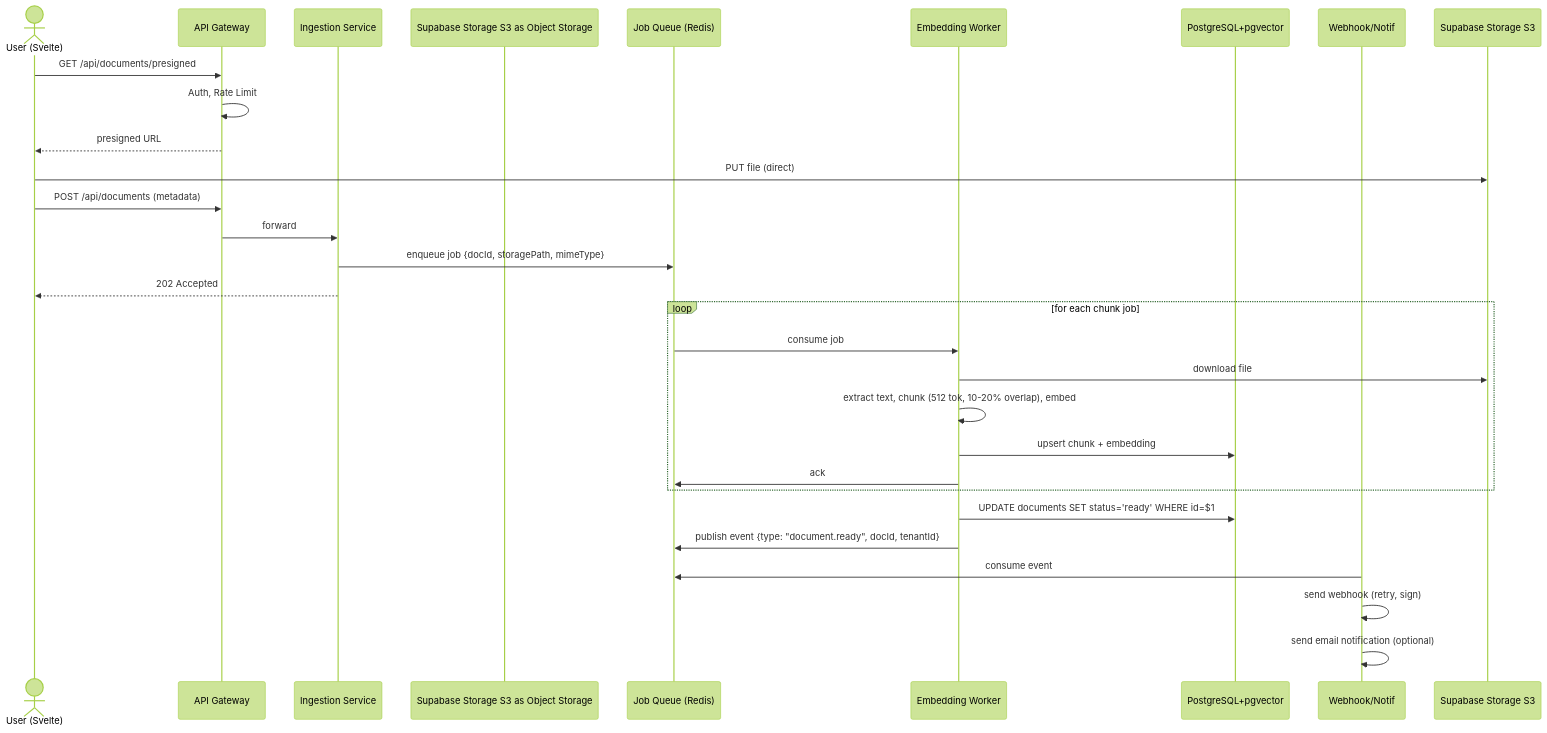
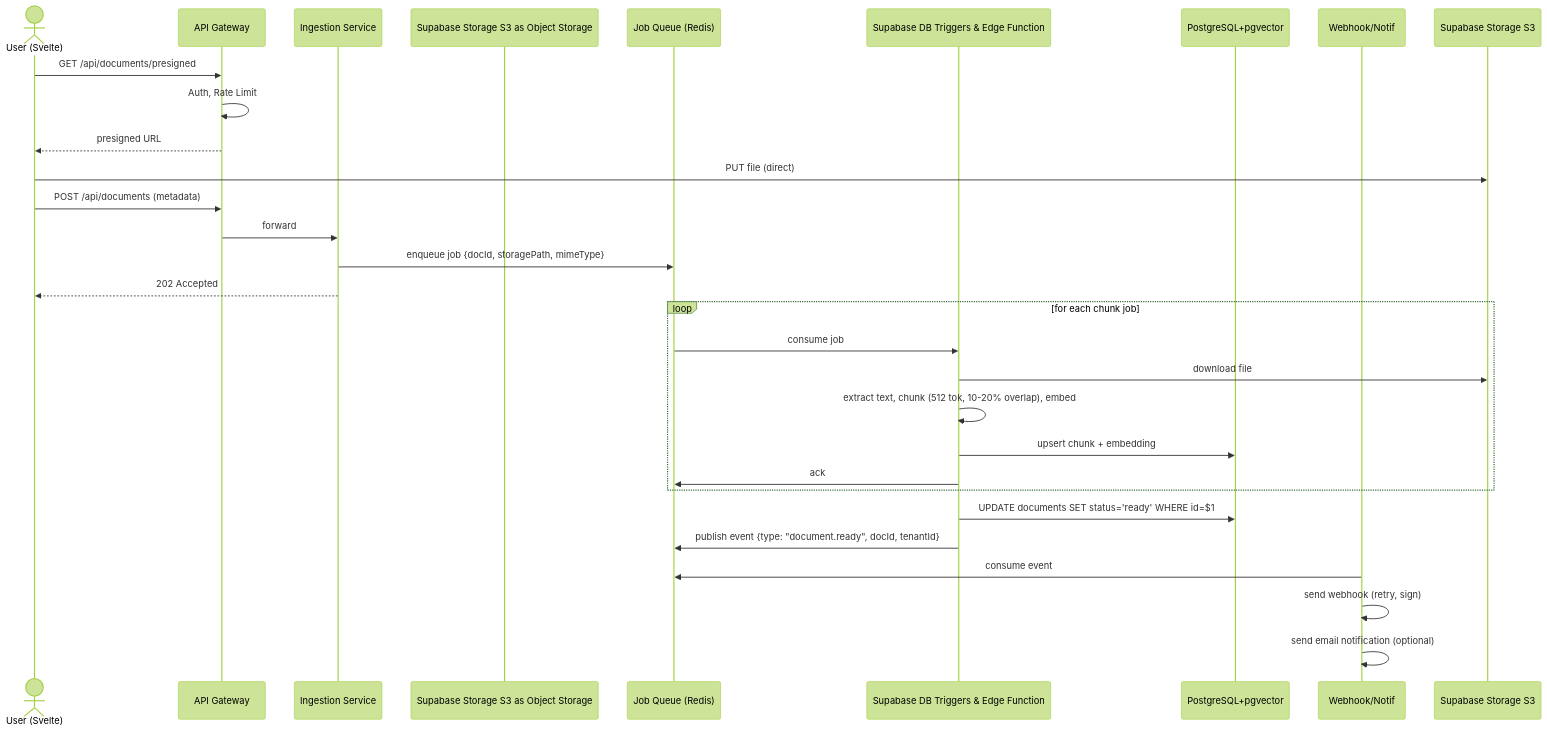
Before and after one commit to kanzhamada/Dokyudo: the first of 4 diagrams in PRD.md, drawn with Mermaid (forest theme). The commit also changed other lines of this file and 56 other files, not shown here.

Commit message:
new architecture

````diff
--- a/PRD.md
+++ b/PRD.md
@@ -343,34 +337,34 @@
 ```mermaid
 sequenceDiagram
     actor U as User (Svelte)
     participant GW as API Gateway
     participant IS as Ingestion Service
     participant Supabase Storage S3 as Object Storage
     participant Q as Job Queue (Redis)
-    participant EW as Embedding Worker
+    participant EW as Supabase DB Triggers & Edge Function
     participant VDB as PostgreSQL+pgvector
     participant WH as Webhook/Notif
 
     U->>GW: GET /api/documents/presigned
     GW->>GW: Auth, Rate Limit
     GW-->>U: presigned URL
     U->>Supabase Storage S3: PUT file (direct)
     U->>GW: POST /api/documents (metadata)
     GW->>IS: forward
     IS->>Q: enqueue job {docId, storagePath, mimeType}
     IS-->>U: 202 Accepted
 
     loop for each chunk job
         Q->>EW: consume job
         EW->>Supabase Storage S3: download file
         EW->>EW: extract text, chunk (512 tok, 10-20% overlap), embed
         EW->>VDB: upsert chunk + embedding
         EW->>Q: ack
     end
 
     EW->>VDB: UPDATE documents SET status='ready' WHERE id=$1
     EW->>Q: publish event {type: "document.ready", docId, tenantId}
     WH->>Q: consume event
     WH->>WH: send webhook (retry, sign)
     WH->>WH: send email notification (optional)
 ```
````
